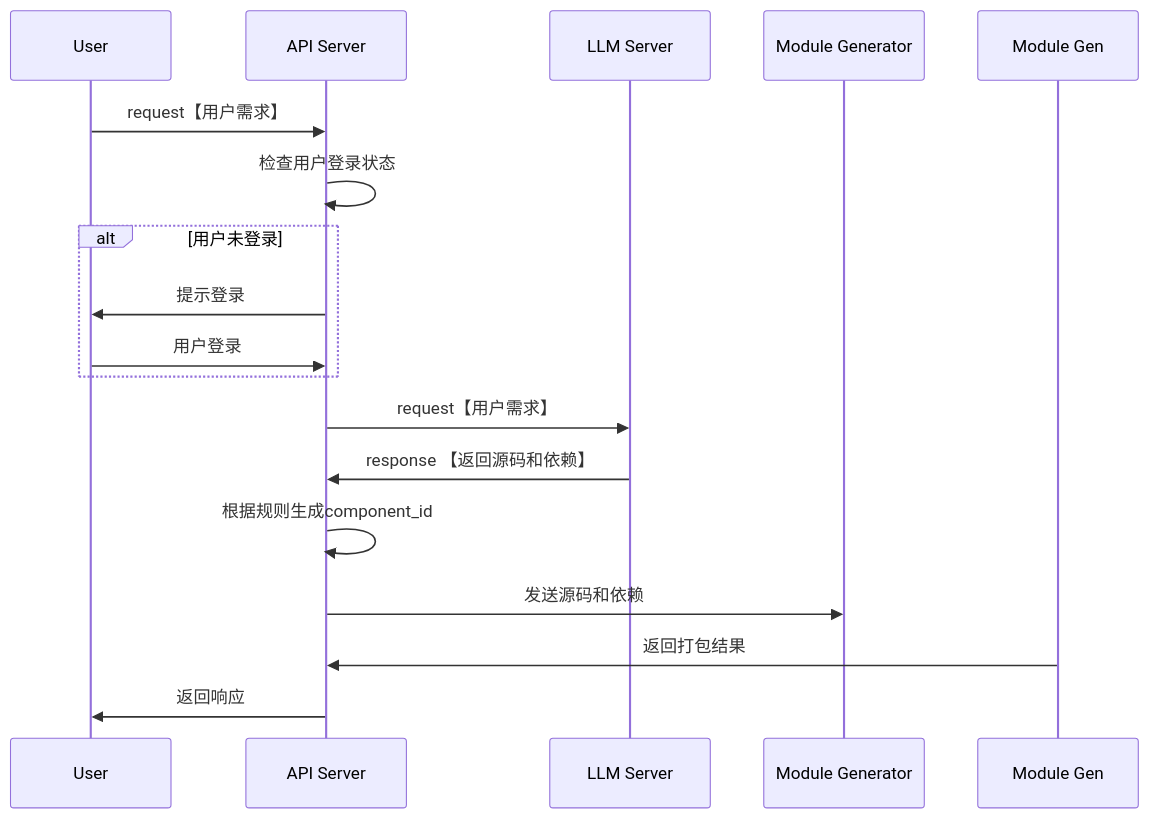
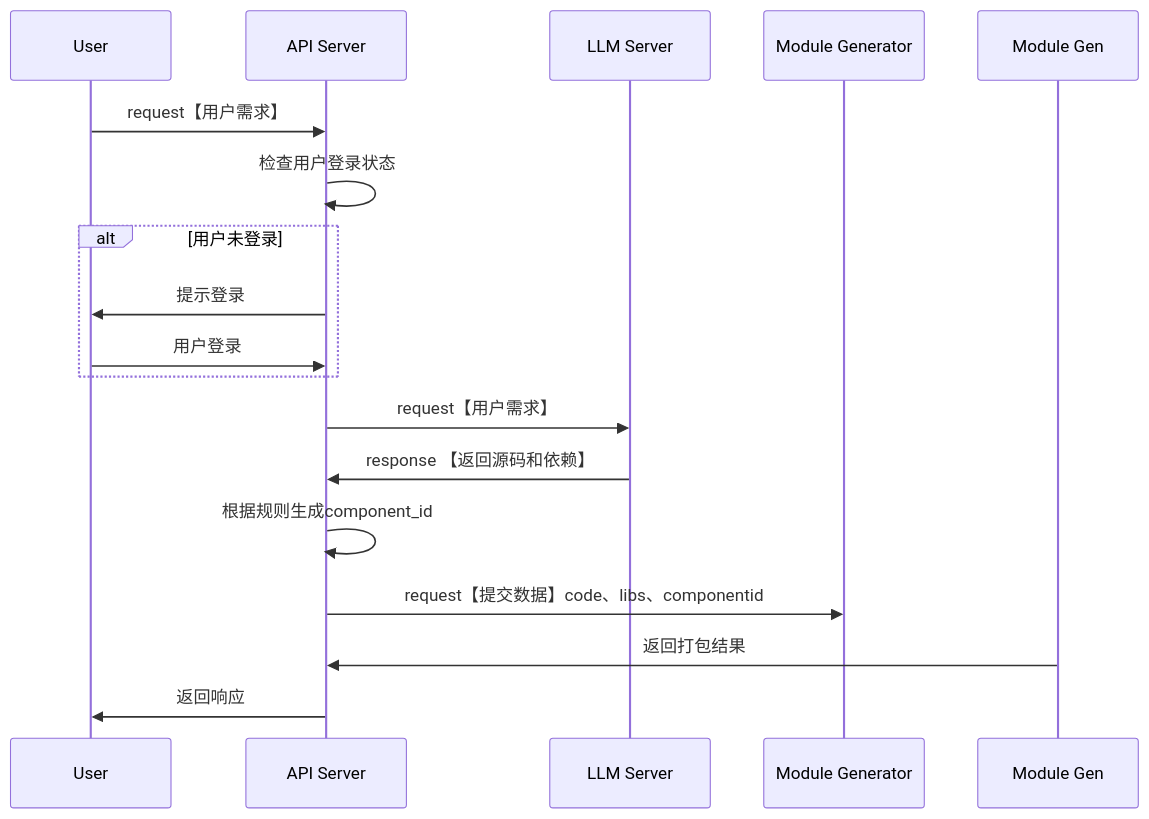
One commit to yingjianzh/iodraw-files changed the diagram in all/未命名-7.md. Above: the diagram before and after it, drawn with Mermaid.

Commit message:
2024-10-08 15:40:28 update

````diff
--- a/all/未命名-7.md
+++ b/all/未命名-7.md
@@ -1,24 +1,23 @@
 ```mermaid
 sequenceDiagram
     participant User
     participant API Server
     participant LLM Server
     participant Module Generator
 
     User->>API Server: request【用户需求】
     API Server->>API Server: 检查用户登录状态
     alt 用户未登录
         API Server->>User: 提示登录
         User->>API Server: 用户登录
     end
 
     API Server->>LLM Server: request【用户需求】
     LLM Server->>API Server: response 【返回源码和依赖】
     API Server->>API Server: 根据规则生成component_id
-
-    API Server->>Module Generator: 发送源码和依赖
+    API Server->>Module Generator: request【提交数据】code、libs、componentid
     Module Gen->>API Server: 返回打包结果
 
     API Server->>User: 返回响应
 
 ```
````
